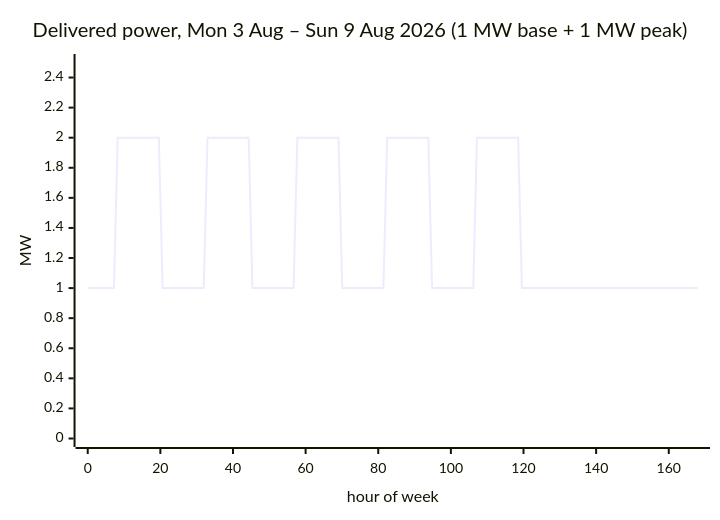
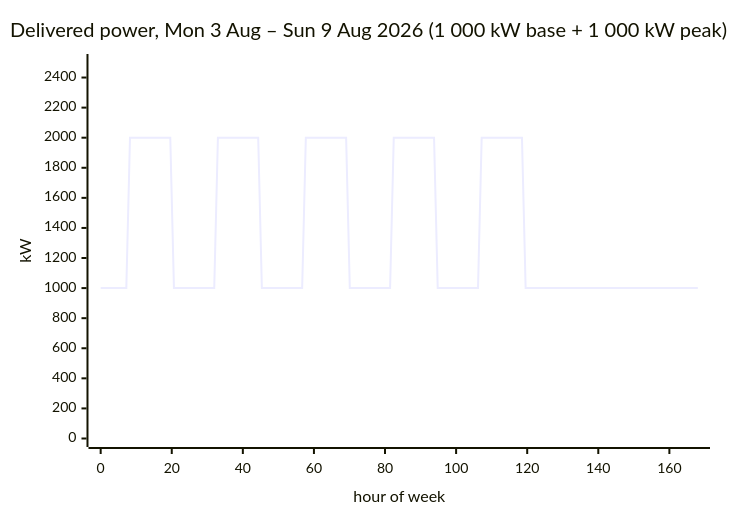
One commit to lukastosic-ifd/peakpowerspecs changed the first of 2 diagrams in specs/50-calculations/01-energy-block-maths.md. Above: the diagram before and after it, drawn with Mermaid. The commit also changed other lines of this file, not shown here.

````diff
--- a/specs/50-calculations/01-energy-block-maths.md
+++ b/specs/50-calculations/01-energy-block-maths.md
@@ -187,7 +189,7 @@
 ```mermaid
 xychart-beta
-    title "Delivered power, Mon 3 Aug – Sun 9 Aug 2026 (1 MW base + 1 MW peak)"
+    title "Delivered power, Mon 3 Aug – Sun 9 Aug 2026 (1 000 kW base + 1 000 kW peak)"
     x-axis "hour of week" 0 --> 168
-    y-axis "MW" 0 --> 2.5
-    line [1,1,1,1,1,1,1,1,2,2,2,2,2,2,2,2,2,2,2,2,1,1,1,1,1,1,1,1,1,1,1,1,2,2,2,2,2,2,2,2,2,2,2,2,1,1,1,1,1,1,1,1,1,1,1,1,2,2,2,2,2,2,2,2,2,2,2,2,1,1,1,1,1,1,1,1,1,1,1,1,2,2,2,2,2,2,2,2,2,2,2,2,1,1,1,1,1,1,1,1,1,1,1,1,2,2,2,2,2,2,2,2,2,2,2,2,1,1,1,1,1,1,1,1,1,1,1,1,1,1,1,1,1,1,1,1,1,1,1,1,1,1,1,1,1,1,1,1,1,1,1,1,1,1,1,1,1,1,1,1,1,1,1,1]
+    y-axis "kW" 0 --> 2500
+    line [1000,1000,1000,1000,1000,1000,1000,1000,2000,2000,2000,2000,2000,2000,2000,2000,2000,2000,2000,2000,1000,1000,1000,1000,1000,1000,1000,1000,1000,1000,1000,1000,2000,2000,2000,2000,2000,2000,2000,2000,2000,2000,2000,2000,1000,1000,1000,1000,1000,1000,1000,1000,1000,1000,1000,1000,2000,2000,2000,2000,2000,2000,2000,2000,2000,2000,2000,2000,1000,1000,1000,1000,1000,1000,1000,1000,1000,1000,1000,1000,2000,2000,2000,2000,2000,2000,2000,2000,2000,2000,2000,2000,1000,1000,1000,1000,1000,1000,1000,1000,1000,1000,1000,1000,2000,2000,2000,2000,2000,2000,2000,2000,2000,2000,2000,2000,1000,1000,1000,1000,1000,1000,1000,1000,1000,1000,1000,1000,1000,1000,1000,1000,1000,1000,1000,1000,1000,1000,1000,1000,1000,1000,1000,1000,1000,1000,1000,1000,1000,1000,1000,1000,1000,1000,1000,1000,1000,1000,1000,1000,1000,1000,1000,1000]
 ```
````
